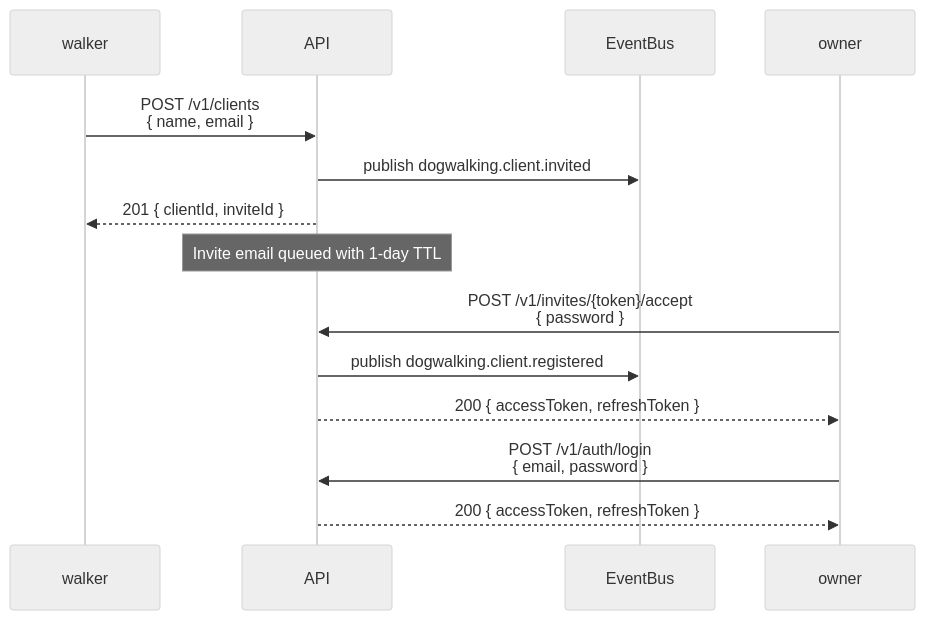
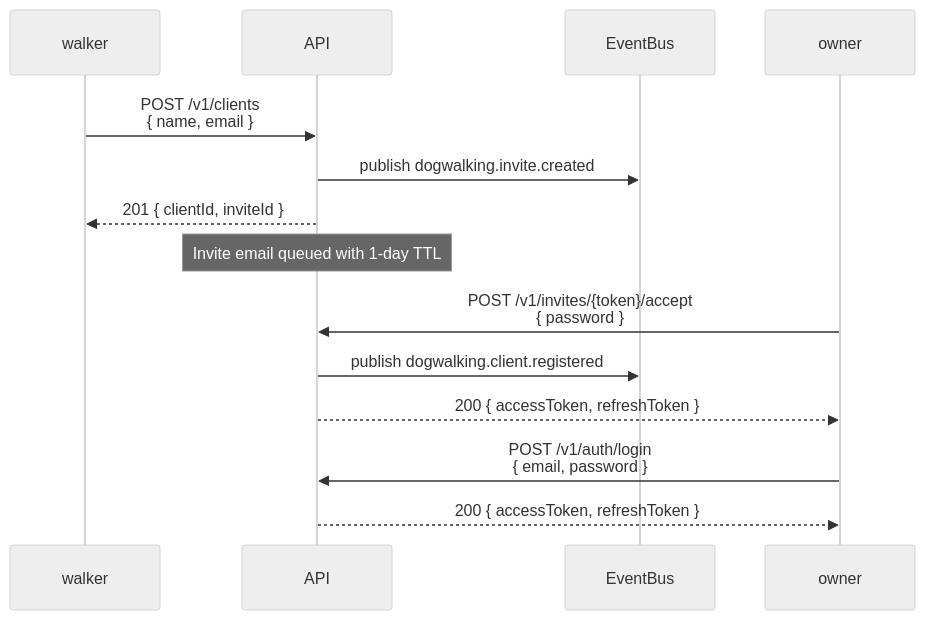
One commit to dataGriff/spec-dog-walking changed the second of 12 diagrams in docs/specifications/sequence-diagrams.md. Above: the diagram before and after it, drawn with Mermaid (neutral theme). The commit also changed 9 other files, not shown here.

````diff
--- a/docs/specifications/sequence-diagrams.md
+++ b/docs/specifications/sequence-diagrams.md
@@ -34,19 +34,19 @@
 ```mermaid
 sequenceDiagram
     participant walker
     participant API
     participant EventBus
     participant owner
 
     walker->>API: POST /v1/clients<br/>{ name, email }
-    API->>EventBus: publish dogwalking.client.invited
+    API->>EventBus: publish dogwalking.invite.created
     API-->>walker: 201 { clientId, inviteId }
     Note over API: Invite email queued with 1-day TTL
 
     owner->>API: POST /v1/invites/{token}/accept<br/>{ password }
     API->>EventBus: publish dogwalking.client.registered
     API-->>owner: 200 { accessToken, refreshToken }
 
     owner->>API: POST /v1/auth/login<br/>{ email, password }
     API-->>owner: 200 { accessToken, refreshToken }
 ```
````
